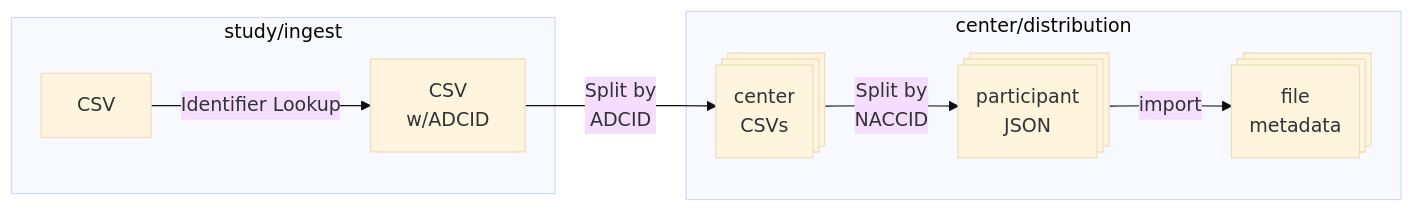
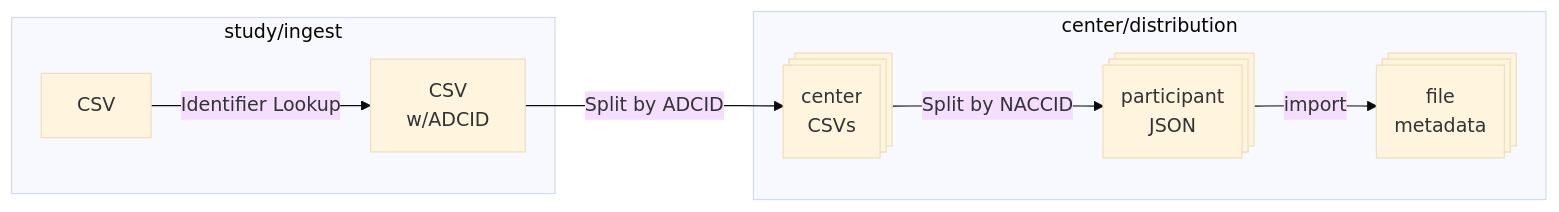
The diagram in docs/csv_center_splitter/process.md (naccdata/flywheel-gear-extensions), drawn with Mermaid (base theme) before and after one commit.

Commit message:
Remove unrendered line breaks

````diff
--- a/docs/csv_center_splitter/process.md
+++ b/docs/csv_center_splitter/process.md
@@ -26,11 +26,11 @@
 ```mermaid
 flowchart LR
     subgraph study/ingest
         A@{ shape: rect, label: "CSV" } -- Identifier Lookup --> B@{ shape: rect, label: "CSV\nw/ADCID" }
     end
     subgraph center/distribution
-        B -- Split by\nADCID --> C@{ shape: processes, label: "center\nCSVs" }
-        C -- Split by\nNACCID --> D@{ shape: processes, label: "participant\nJSON" }
+        B -- Split by ADCID --> C@{ shape: processes, label: "center\nCSVs" }
+        C -- Split by NACCID --> D@{ shape: processes, label: "participant\nJSON" }
         D -- import --> E@{ shape: processes, label: "file\nmetadata" }
     end
 ```
````
